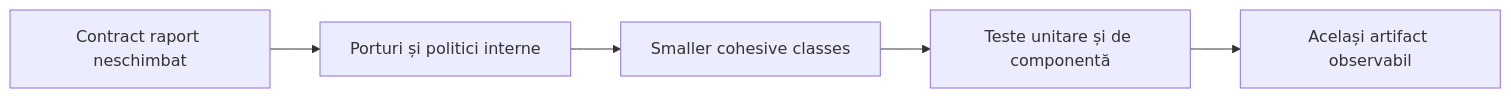
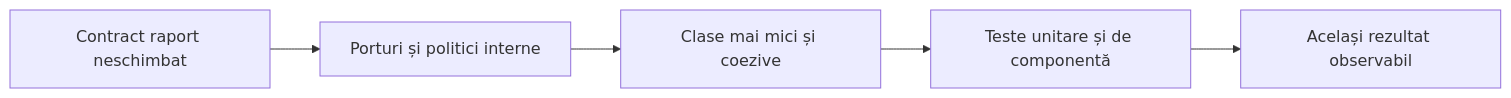
Before and after one commit to crististefanita/CS1: the first of 5 diagrams in README.md, drawn with Mermaid. The commit also changed other lines of this file and 109 other files, not shown here.

````diff
--- a/README.md
+++ b/README.md
@@ -35,7 +36,7 @@
 ```mermaid
 flowchart LR
     Contract[Contract raport neschimbat] --> Ports[Porturi și politici interne]
-    Ports --> Cohesion[Smaller cohesive classes]
+    Ports --> Cohesion[Clase mai mici și coezive]
     Cohesion --> Tests[Teste unitare și de componentă]
-    Tests --> Proof[Același artifact observabil]
+    Tests --> Proof[Același rezultat observabil]
 ```
````
